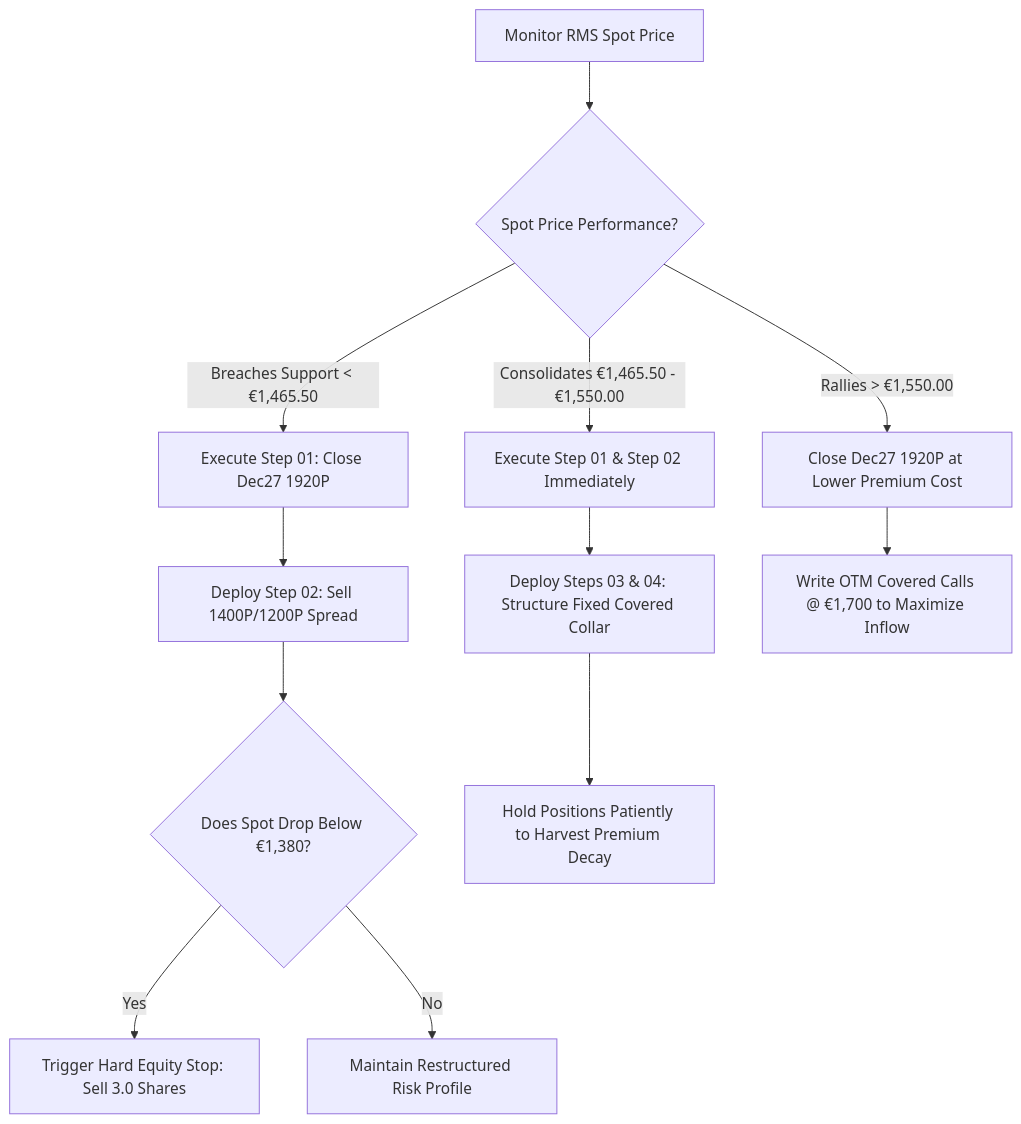
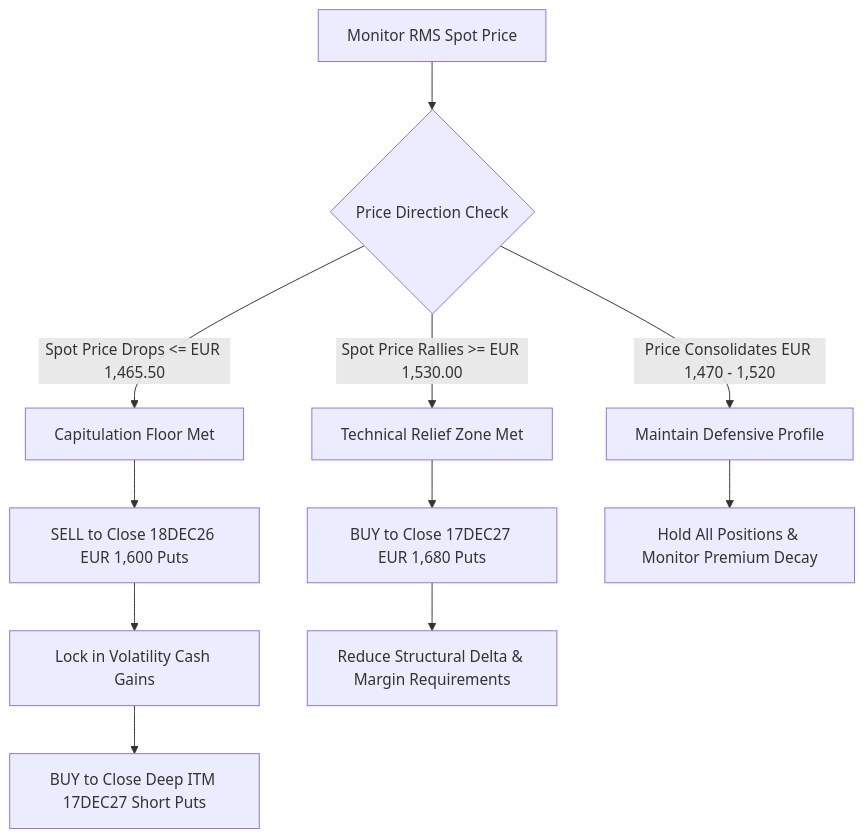
Before and after one commit to ray-oh/portal: the diagram in docs/RMS.md, drawn with Mermaid. The commit also changed other lines of this file, not shown here.

Commit message:
[Update] Automated upload via ChatFlow - docs/RMS.md

````diff
--- a/docs/RMS.md
+++ b/docs/RMS.md
@@ -53,14 +48,13 @@
 ``` mermaid
 graph TD
-A[Monitor RMS Spot Price] --> B{Spot Price Performance?}
-B -->|Breaches Support < €1,465.50| C[Execute Step 01: Close Dec27 1920P]
-C --> D[Deploy Step 02: Sell 1400P/1200P Spread]
-D --> E{Does Spot Drop Below €1,380?}
-E -->|Yes| F[Trigger Hard Equity Stop: Sell 3.0 Shares]
-E -->|No| G[Maintain Restructured Risk Profile]
-B -->|Consolidates €1,465.50 - €1,550.00| H[Execute Step 01 & Step 02 Immediately]
-H --> I[Deploy Steps 03 & 04: Structure Fixed Covered Collar]
-I --> J[Hold Positions Patiently to Harvest Premium Decay]
-B -->|Rallies > €1,550.00| K[Close Dec27 1920P at Lower Premium Cost]
-K --> L[Write OTM Covered Calls @ €1,700 to Maximize Inflow]
+A[Monitor RMS Spot Price] --> B{Price Direction Check}
+B -->|Spot Price Drops <= EUR 1,465.50| C[Capitulation Floor Met]
+C --> D[SELL to Close 18DEC26 EUR 1,600 Puts]
+D --> E[Lock in Volatility Cash Gains]
+E --> F[BUY to Close Deep ITM 17DEC27 Short Puts]
+B -->|Spot Price Rallies >= EUR 1,530.00| G[Technical Relief Zone Met]
+G --> H[BUY to Close 17DEC27 EUR 1,680 Puts]
+H --> I[Reduce Structural Delta & Margin Requirements]
+B -->|Price Consolidates EUR 1,470 - 1,520| J[Maintain Defensive Profile]
+J --> K[Hold All Positions & Monitor Premium Decay]
 ```
````
